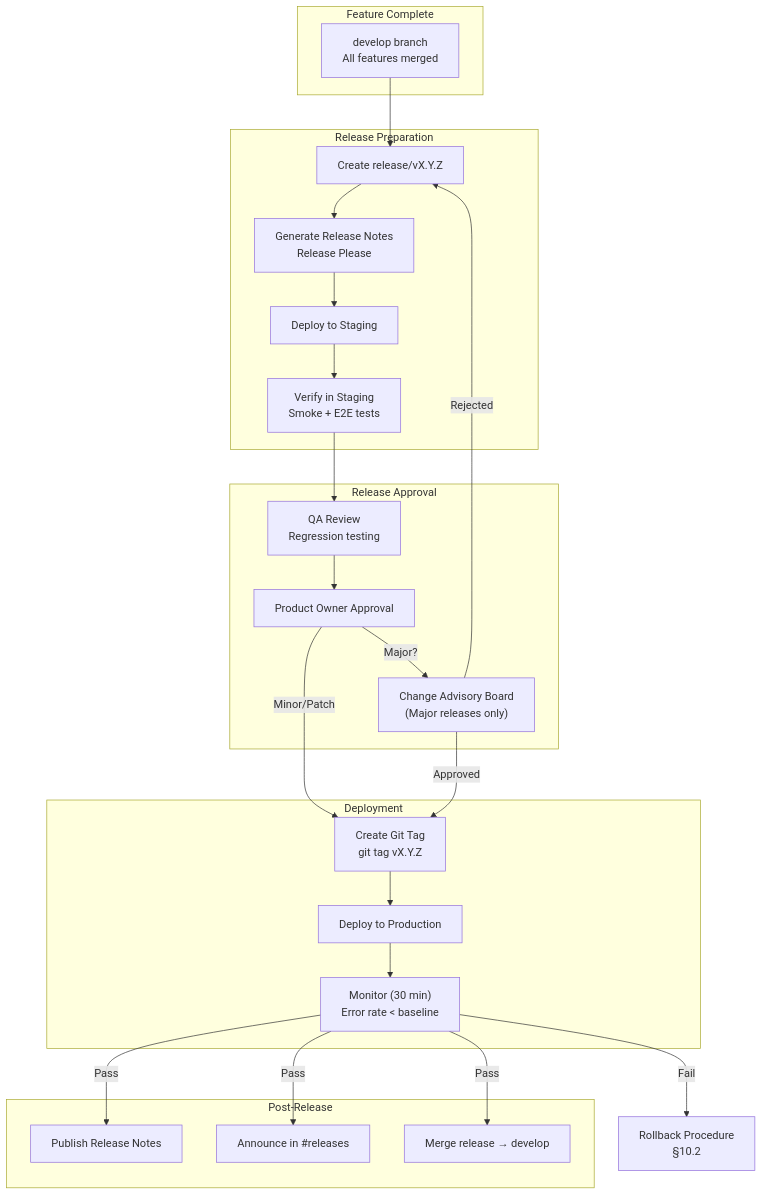
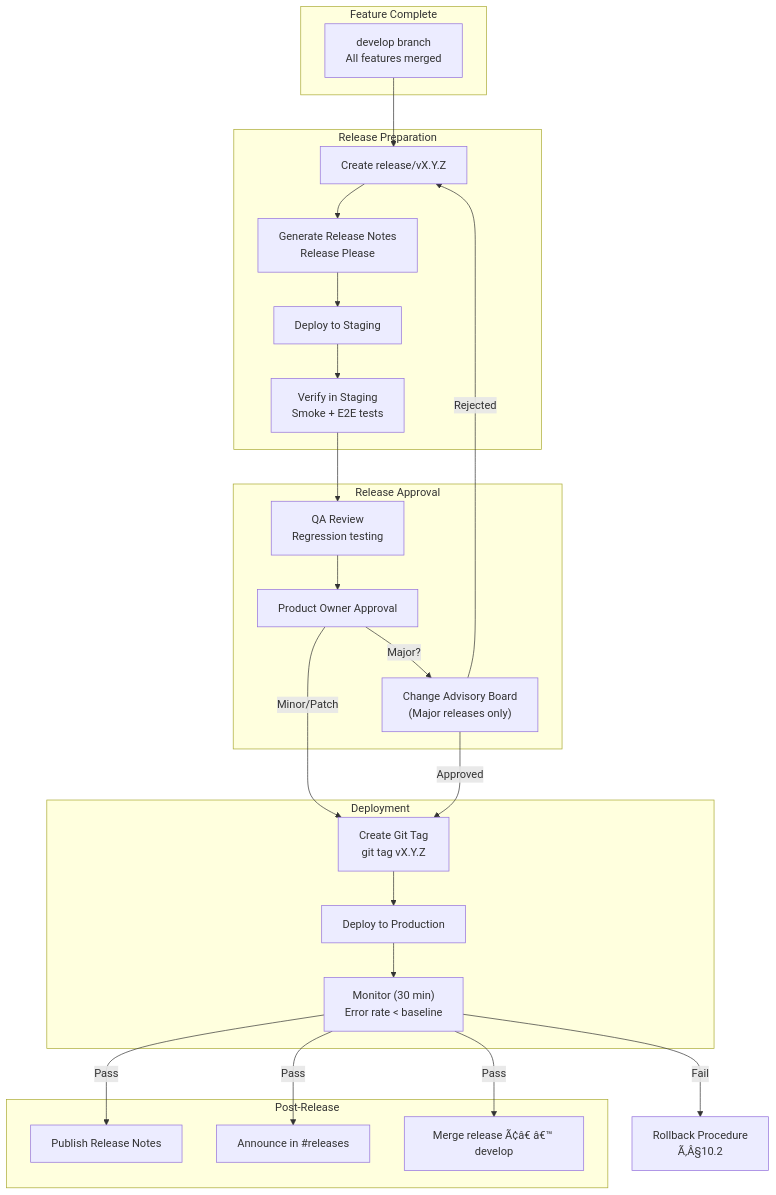
The sixth of 9 diagrams in docs/12-devops/DEVOPS-ARCHITECTURE.md (rohitkumarnaidu/Portfolio), drawn with Mermaid before and after one commit. The commit also changed other lines of this file and 343 other files, not shown here.

First line of the commit message:
docs: add Mermaid diagrams across 140+ files — 38% -> 70% coverage

````diff
--- a/docs/12-devops/DEVOPS-ARCHITECTURE.md
+++ b/docs/12-devops/DEVOPS-ARCHITECTURE.md
@@ -498,42 +498,42 @@
 ```mermaid
 flowchart TB
     subgraph "Feature Complete"
         Develop["develop branch<br/>All features merged"]
     end
 
     subgraph "Release Preparation"
         Branch["Create release/vX.Y.Z"]
         Notes["Generate Release Notes<br/>Release Please"]
         Staging["Deploy to Staging"]
         Verify["Verify in Staging<br/>Smoke + E2E tests"]
     end
 
     subgraph "Release Approval"
         QA["QA Review<br/>Regression testing"]
         PO["Product Owner Approval"]
         CAB["Change Advisory Board<br/>(Major releases only)"]
     end
 
     subgraph "Deployment"
         Tag["Create Git Tag<br/>git tag vX.Y.Z"]
         Prod["Deploy to Production"]
         Monitor["Monitor (30 min)<br/>Error rate < baseline"]
     end
 
     subgraph "Post-Release"
         NotesPub["Publish Release Notes"]
         Announce["Announce in #releases"]
-        MergeBack["Merge release → develop"]
+        MergeBack["Merge release Ã¢â€ â€™ develop"]
     end
 
     Develop --> Branch
     Branch --> Notes --> Staging --> Verify
     Verify --> QA --> PO
     PO -->|Major?| CAB
     PO -->|Minor/Patch| Tag
     CAB -->|Approved| Tag
     CAB -->|Rejected| Branch
     Tag --> Prod --> Monitor
     Monitor -->|Pass| NotesPub & Announce & MergeBack
-    Monitor -->|Fail| Rollback["Rollback Procedure<br/>§10.2"]
+    Monitor -->|Fail| Rollback["Rollback Procedure<br/>Ã‚Â§10.2"]
 ```
````
